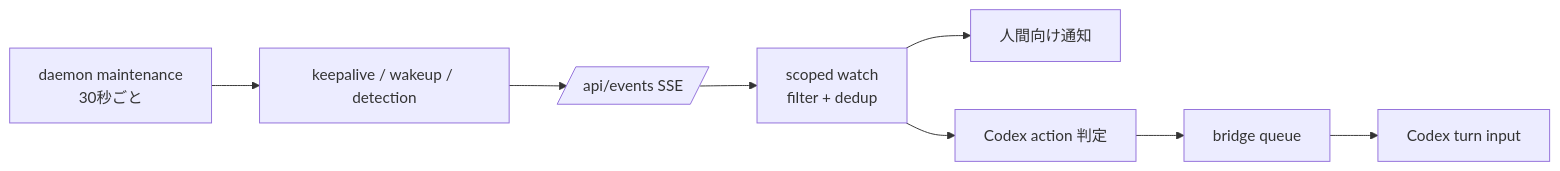
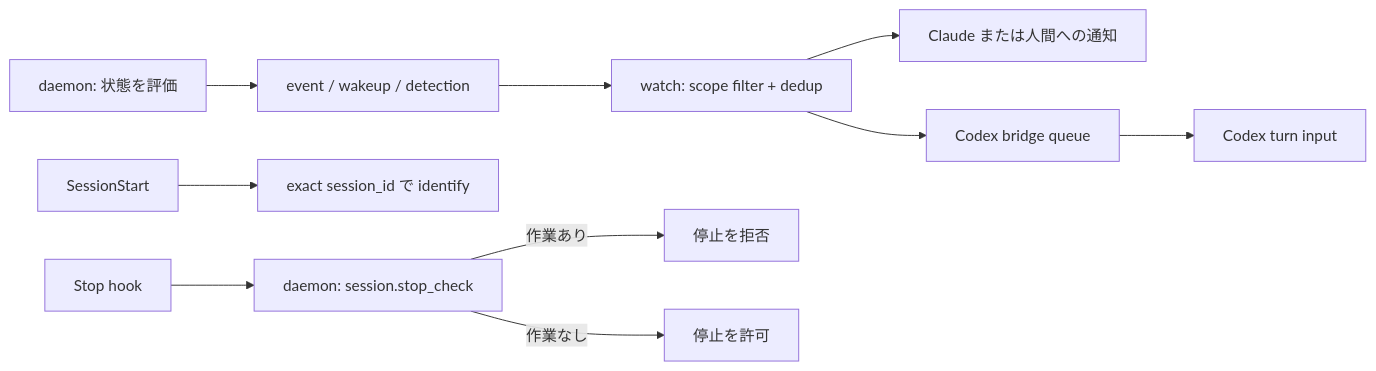
Before and after one commit to michiomochi/atct: the first of 2 diagrams in doc/continuous-execution.md, drawn with Mermaid. The commit also changed other lines of this file, not shown here.

````diff
--- a/doc/continuous-execution.md
+++ b/doc/continuous-execution.md
@@ -18,10 +15,13 @@
 ```mermaid
 flowchart LR
-    M[daemon maintenance<br/>30秒ごと] --> E[keepalive / wakeup / detection]
-    E --> S[/api/events SSE/]
-    S --> W[scoped watch<br/>filter + dedup]
-    W --> H[人間向け通知]
-    W --> A[Codex action 判定]
-    A --> B[bridge queue]
+    D[daemon: 状態を評価] --> E[event / wakeup / detection]
+    E --> W[watch: scope filter + dedup]
+    W --> H[Claude または人間への通知]
+    W --> B[Codex bridge queue]
     B --> C[Codex turn input]
+
+    SS[SessionStart] --> I[exact session_id で identify]
+    CS[Stop hook] --> S[daemon: session.stop_check]
+    S -->|作業あり| K[停止を拒否]
+    S -->|作業なし| X[停止を許可]
 ```
````
